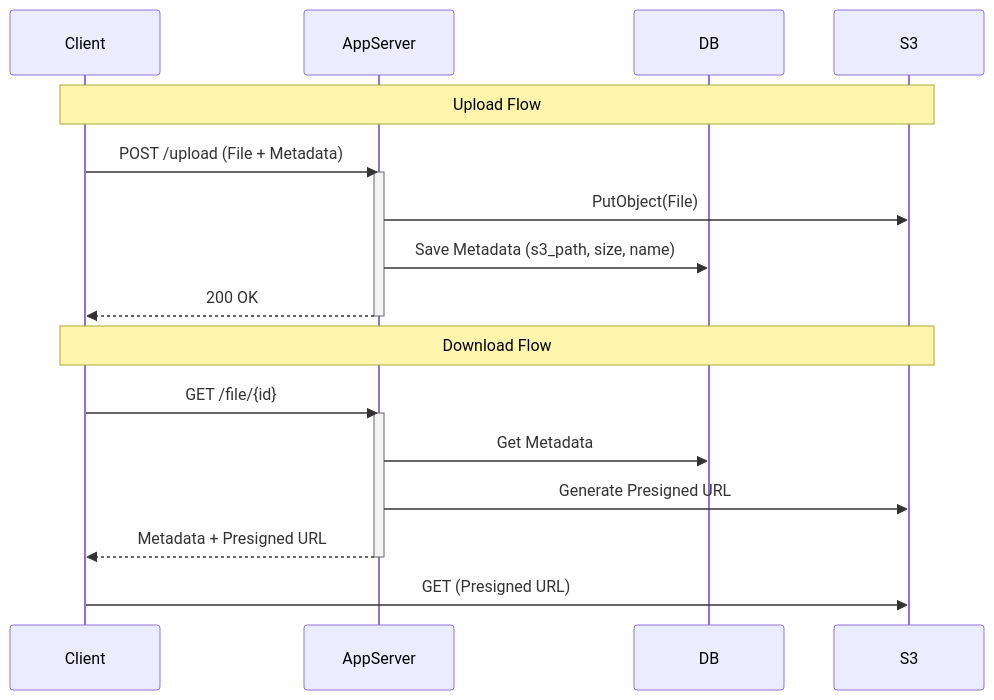
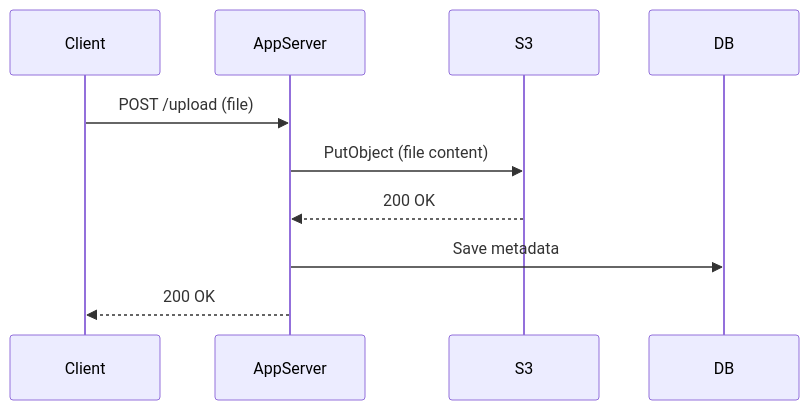
Before and after one commit to ShalomDeitch1/examples: the second of 10 diagrams in dropbox/README.md, drawn with Mermaid. The commit also changed other lines of this file, not shown here.

````diff
--- a/dropbox/README.md
+++ b/dropbox/README.md
@@ -74,24 +40,13 @@
 ```mermaid
 sequenceDiagram
-    participant Client
-    participant AppServer
-    participant DB
-    participant S3
+  participant Client
+  participant AppServer
+  participant S3
+  participant DB
 
-    Note over Client, S3: Upload Flow
-    Client->>AppServer: POST /upload (File + Metadata)
-    activate AppServer
-    AppServer->>S3: PutObject(File)
-    AppServer->>DB: Save Metadata (s3_path, size, name)
-    AppServer-->>Client: 200 OK
-    deactivate AppServer
-
-    Note over Client, S3: Download Flow
-    Client->>AppServer: GET /file/{id}
-    activate AppServer
-    AppServer->>DB: Get Metadata
-    AppServer->>S3: Generate Presigned URL
-    AppServer-->>Client: Metadata + Presigned URL
-    deactivate AppServer
-    Client->>S3: GET (Presigned URL)
+  Client->>AppServer: POST /upload (file)
+  AppServer->>S3: PutObject (file content)
+  S3-->>AppServer: 200 OK
+  AppServer->>DB: Save metadata
+  AppServer-->>Client: 200 OK
 ```
````
